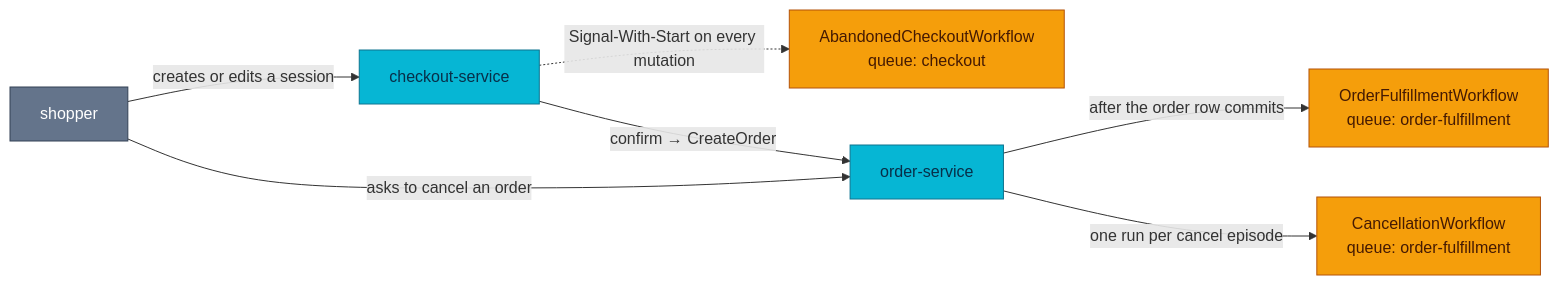
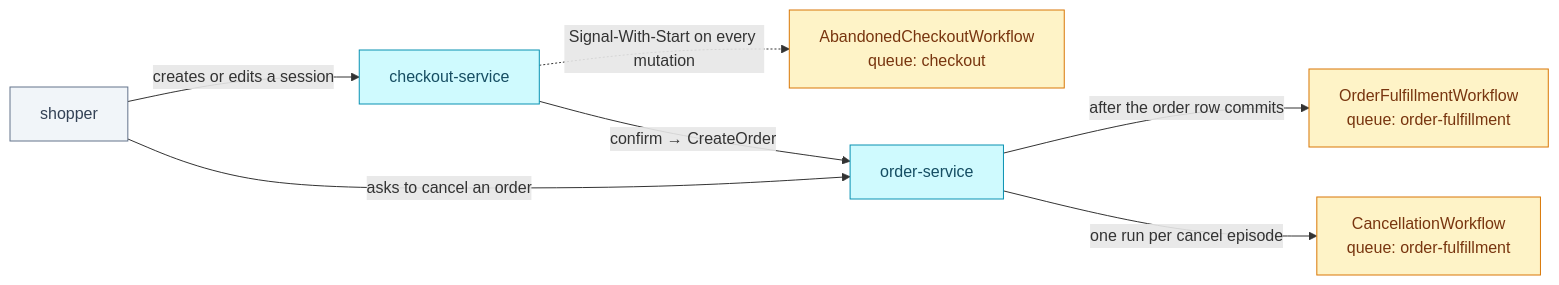
Before and after one commit to duynhlab/homelab: the eighth of 20 diagrams in docs/api/temporal.md, drawn with Mermaid. The commit also changed other lines of this file and 174 other files, not shown here.

First line of the commit message:
Soft-tint diagram palette, a signal-flow diagram, a Linux-ready Draw.io skill

````diff
--- a/docs/api/temporal.md
+++ b/docs/api/temporal.md
@@ -369,16 +369,16 @@
 ```mermaid
 flowchart LR
     Shopper["shopper"] -->|"creates or edits a session"| CO["checkout-service"]
     CO -.->|"Signal-With-Start on every mutation"| ACW["AbandonedCheckoutWorkflow<br/>queue: checkout"]
     CO -->|"confirm → CreateOrder"| ORD["order-service"]
     ORD -->|"after the order row commits"| OFW["OrderFulfillmentWorkflow<br/>queue: order-fulfillment"]
     Shopper -->|"asks to cancel an order"| ORD
     ORD -->|"one run per cancel episode"| CW["CancellationWorkflow<br/>queue: order-fulfillment"]
 
-    classDef service fill:#06b6d4,color:#082f49,stroke:#0e7490;
-    classDef worker fill:#f59e0b,color:#451a03,stroke:#b45309;
-    classDef external fill:#64748b,color:#fff,stroke:#334155;
+    classDef service fill:#cffafe,color:#164e63,stroke:#0891b2;
+    classDef worker fill:#fef3c7,color:#78350f,stroke:#d97706;
+    classDef external fill:#f1f5f9,color:#334155,stroke:#64748b;
     class CO,ORD service;
     class ACW,OFW,CW worker;
     class Shopper external;
 ```
````
